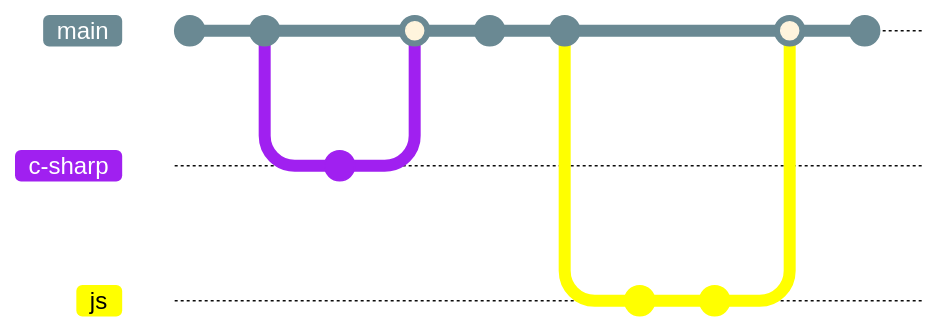
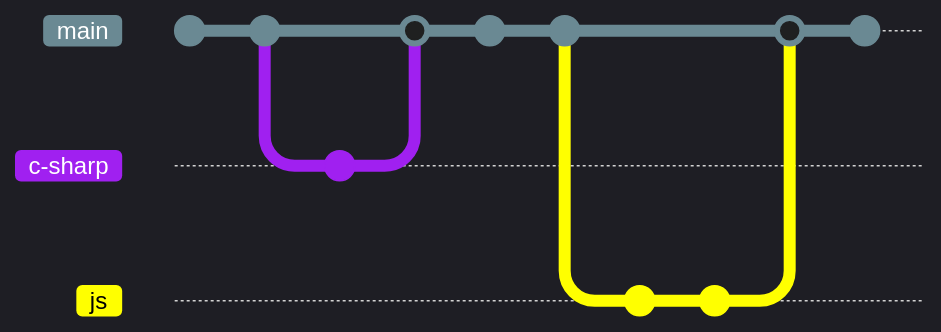
One commit to steepl/steepl changed the diagram in README.md. Above: the diagram before and after it, drawn with Mermaid. Commit ids are hidden.

Commit message:
Changed to dark theme

````diff
--- a/README.md
+++ b/README.md
@@ -3,25 +3,25 @@
 ```mermaid
-%%{init: { 'theme': 'base', 'themeVariables': {
+%%{init: { 'theme': 'dark', 'themeVariables': {
               'gitBranchLabel0': '#fff',
               'git0': '#6a8993',
               'gitBranchLabel1': '#fff',
               'git1': '#A020F0',
               'gitBranchLabel2': '#000',
               'git2': '#ffff00'
        } } }%%
   gitGraph:
     commit
     commit
     branch c-sharp
     commit id: "Blaeu.NET"
     checkout main
     merge c-sharp
     commit
     commit
     branch js
     commit id: "digigem"
     commit id: "MagicDashboard"
     checkout main
     merge js
     commit
 ```
````
